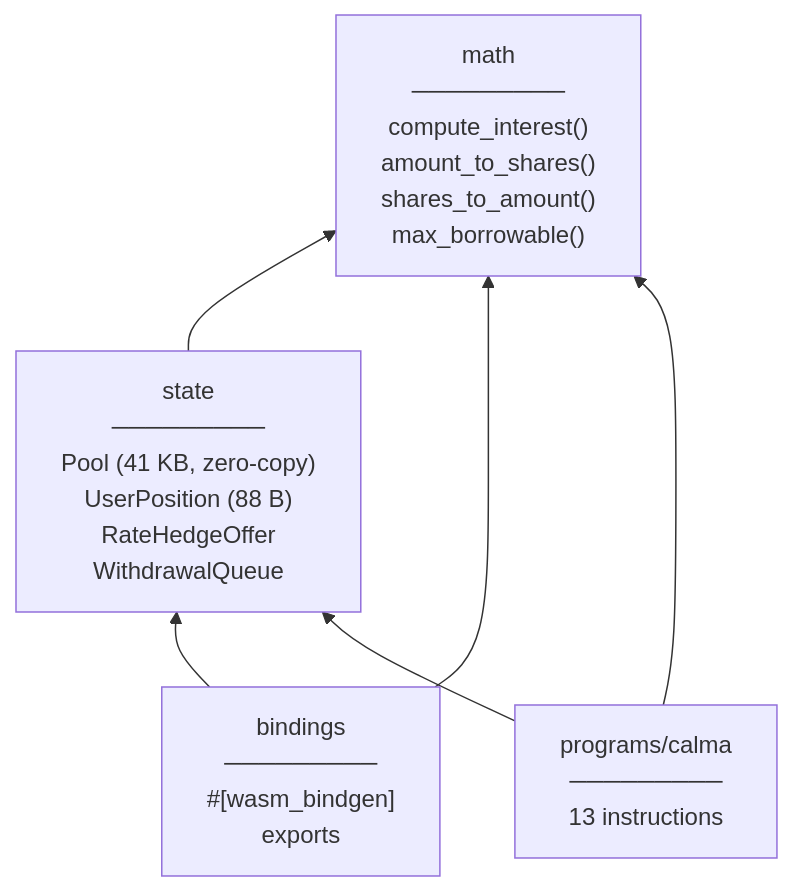
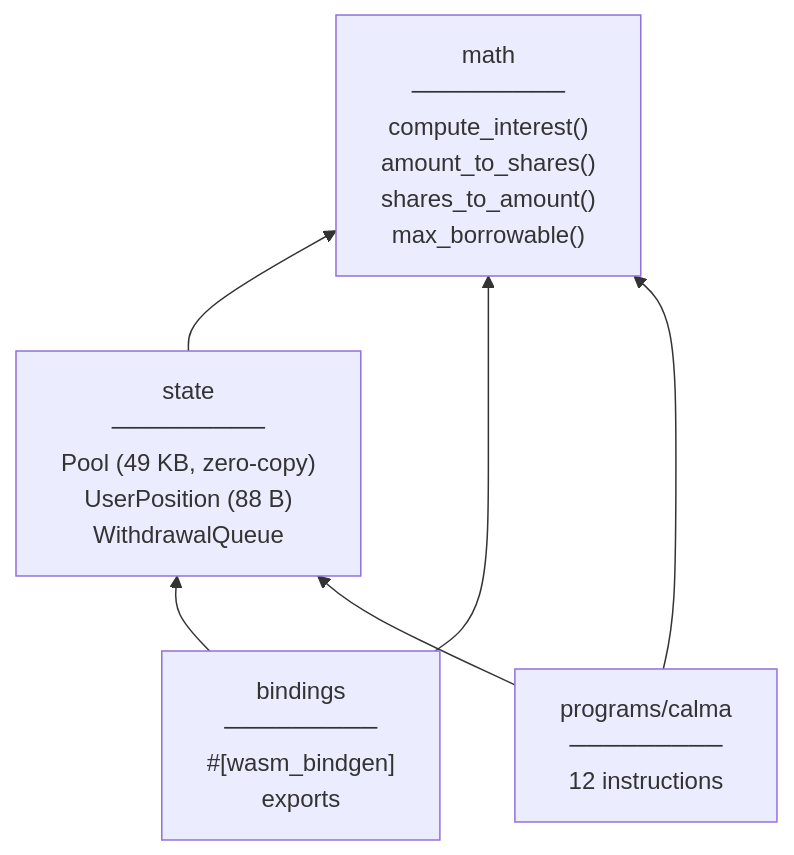
One commit to calma-labs/calma changed the fourth of 7 diagrams in ARCHITECTURE.md. Above: the diagram before and after it, drawn with Mermaid. The commit also changed other lines of this file and 87 other files, not shown here.

````diff
--- a/ARCHITECTURE.md
+++ b/ARCHITECTURE.md
@@ -103,13 +105,13 @@
 ```mermaid
 graph BT
     MATH["math\n─────────\ncompute_interest()\namount_to_shares()\nshares_to_amount()\nmax_borrowable()"]
-    STATE["state\n─────────\nPool (41 KB, zero-copy)\nUserPosition (88 B)\nRateHedgeOffer\nWithdrawalQueue"]
+    STATE["state\n─────────\nPool (49 KB, zero-copy)\nUserPosition (88 B)\nWithdrawalQueue"]
     WASM["bindings\n─────────\n#[wasm_bindgen]\nexports"]
-    PROG["programs/calma\n─────────\n13 instructions"]
+    PROG["programs/calma\n─────────\n12 instructions"]
 
     STATE --> MATH
     WASM --> MATH
     WASM --> STATE
     PROG --> MATH
     PROG --> STATE
 ```
````
